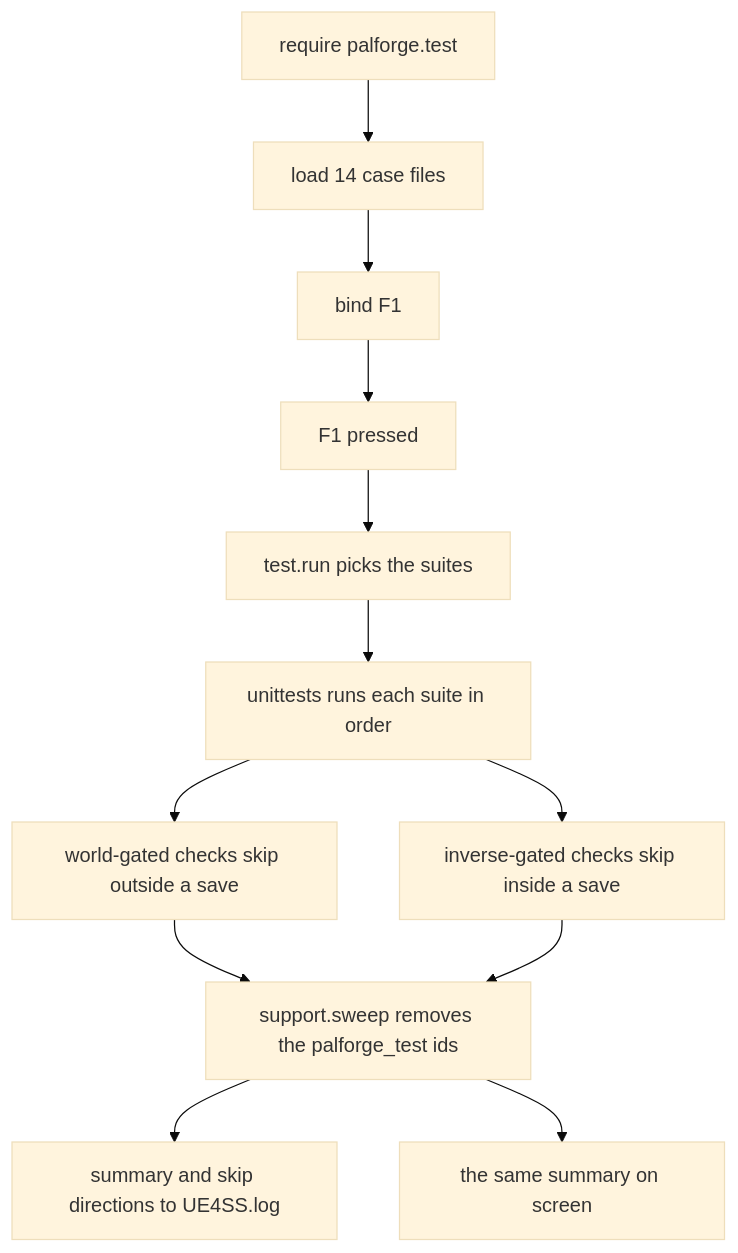
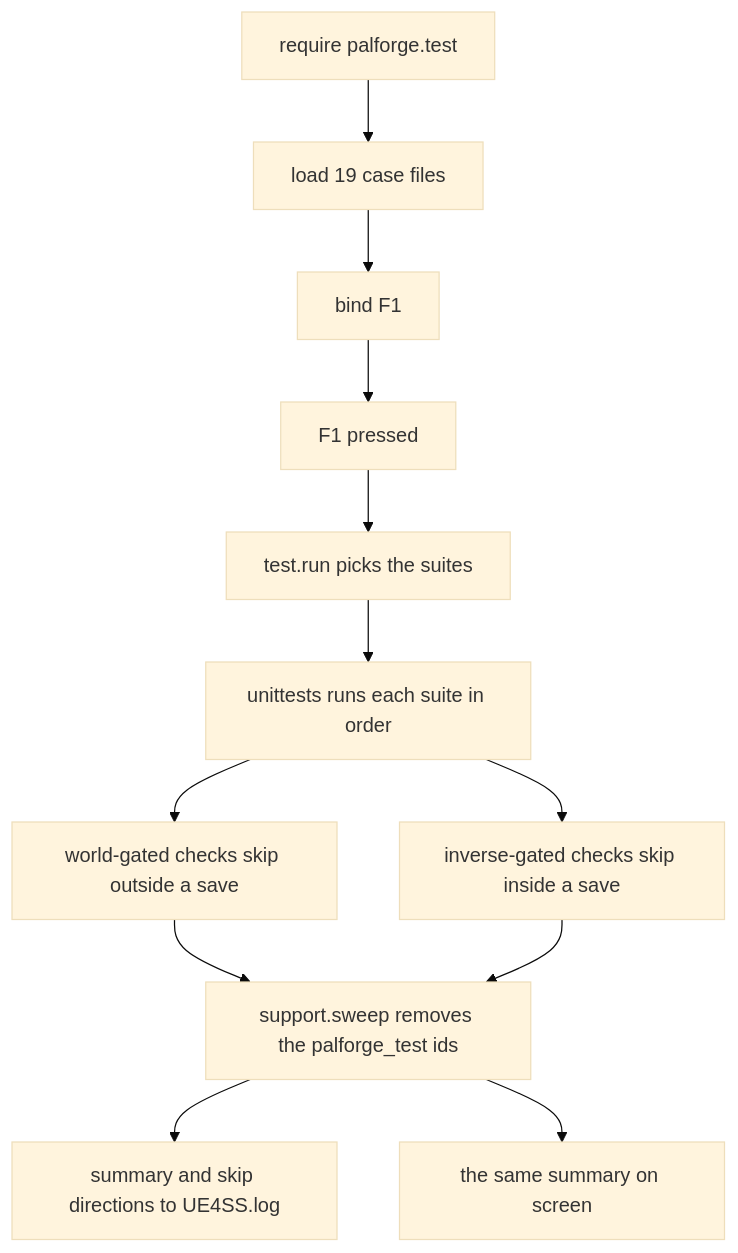
The diagram in docs/content/docs/guides/testing.ja.mdx (dr-mikan/PalForge), drawn with Mermaid (base theme) before and after one commit. The commit also changed other lines of this file and 76 other files, not shown here.

````diff
--- a/docs/content/docs/guides/testing.ja.mdx
+++ b/docs/content/docs/guides/testing.ja.mdx
@@ -41,14 +41,14 @@
 ```mermaid
 flowchart TD
-  A["require palforge.test"] --> B["load 14 case files"]
+  A["require palforge.test"] --> B["load 19 case files"]
   B --> C["bind F1"]
   C --> D["F1 pressed"]
   D --> E["test.run picks the suites"]
   E --> F["unittests runs each suite in order"]
   F --> G["world-gated checks skip outside a save"]
   F --> H["inverse-gated checks skip inside a save"]
   G --> I["support.sweep removes the palforge_test ids"]
   H --> I
   I --> J["summary and skip directions to UE4SS.log"]
   I --> K["the same summary on screen"]
 ```
````
